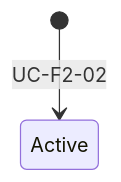
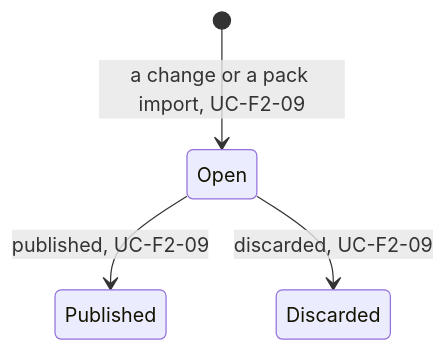
The diagram in docs/specs/02-functional/f02-no-code-configuration/data/e-f02-26-configuration-draft.md (gpbcom/SimpleERP), drawn with Mermaid before and after one commit. The commit also changed other lines of this file and 8816 other files, not shown here.

````diff
--- a/docs/specs/02-functional/f02-no-code-configuration/data/e-f02-26-configuration-draft.md
+++ b/docs/specs/02-functional/f02-no-code-configuration/data/e-f02-26-configuration-draft.md
@@ -26,4 +49,6 @@
 ```mermaid
 stateDiagram-v2
-  [*] --> Active : UC-F2-02
+  [*] --> Open : a change or a pack import, UC-F2-09
+  Open --> Published : published, UC-F2-09
+  Open --> Discarded : discarded, UC-F2-09
 ```
````
